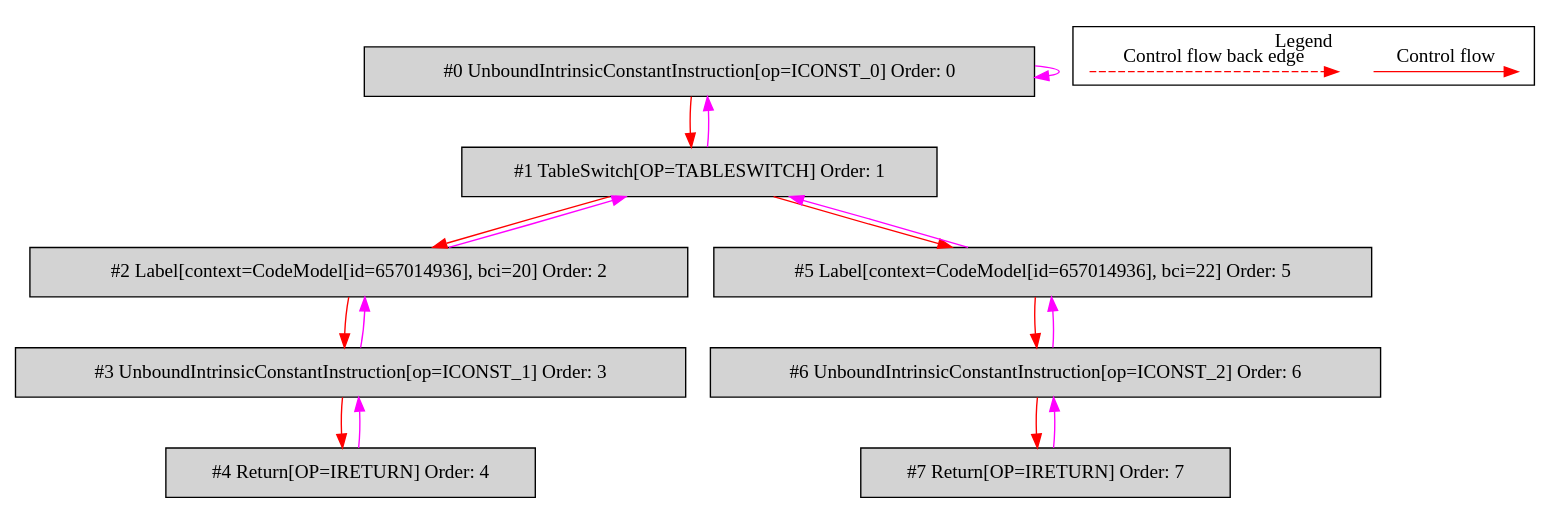
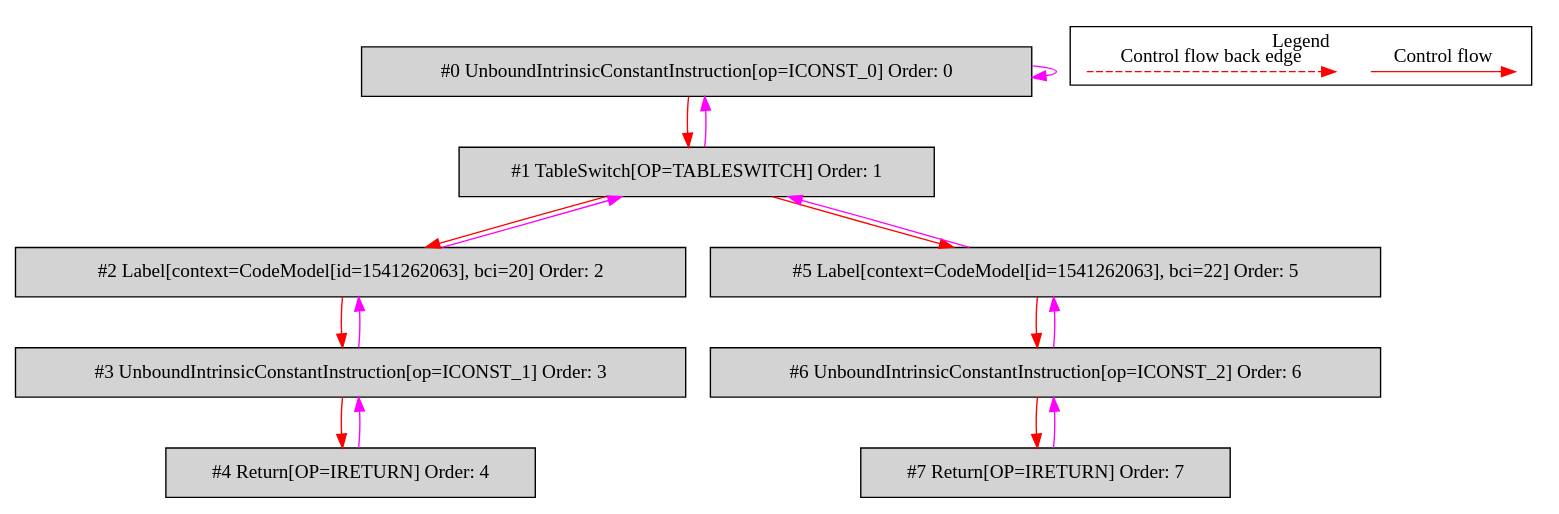
The diagram in de.mirkosertic.metair.ir.OpcodeTABLESWITCHTest/test_TABLESWITCH/bytecodecfg.dot (mirkosertic/MetaIR), drawn with Graphviz before and after one commit. The commit also changed 1138 other files, not shown here.

```diff
--- a/de.mirkosertic.metair.ir.OpcodeTABLESWITCHTest/test_TABLESWITCH/bytecodecfg.dot
+++ b/de.mirkosertic.metair.ir.OpcodeTABLESWITCHTest/test_TABLESWITCH/bytecodecfg.dot
@@ -1,40 +1,40 @@
 digraph {
  ordering="in";
  node0[label="#0 UnboundIntrinsicConstantInstruction[op=ICONST_0] Order: 0", shape=box, fillcolor=lightgrey, style=filled];
  node1[label="#1 TableSwitch[OP=TABLESWITCH] Order: 1", shape=box, fillcolor=lightgrey, style=filled];
- node2[label="#2 Label[context=CodeModel[id=657014936], bci=20] Order: 2", shape=box, fillcolor=lightgrey, style=filled];
+ node2[label="#2 Label[context=CodeModel[id=1541262063], bci=20] Order: 2", shape=box, fillcolor=lightgrey, style=filled];
  node3[label="#3 UnboundIntrinsicConstantInstruction[op=ICONST_1] Order: 3", shape=box, fillcolor=lightgrey, style=filled];
  node4[label="#4 Return[OP=IRETURN] Order: 4", shape=box, fillcolor=lightgrey, style=filled];
- node5[label="#5 Label[context=CodeModel[id=657014936], bci=22] Order: 5", shape=box, fillcolor=lightgrey, style=filled];
+ node5[label="#5 Label[context=CodeModel[id=1541262063], bci=22] Order: 5", shape=box, fillcolor=lightgrey, style=filled];
  node6[label="#6 UnboundIntrinsicConstantInstruction[op=ICONST_2] Order: 6", shape=box, fillcolor=lightgrey, style=filled];
  node7[label="#7 Return[OP=IRETURN] Order: 7", shape=box, fillcolor=lightgrey, style=filled];
  node0 -> node0[color=fuchsia];
  node0 -> node1[color=red];
  node1 -> node0[color=fuchsia];
  node1 -> node2[color=red];
  node2 -> node1[color=fuchsia];
  node2 -> node3[color=red];
  node3 -> node2[color=fuchsia];
  node3 -> node4[color=red];
  node4 -> node3[color=fuchsia];
  node1 -> node5[color=red];
  node5 -> node1[color=fuchsia];
  node5 -> node6[color=red];
  node6 -> node5[color=fuchsia];
  node6 -> node7[color=red];
  node7 -> node6[color=fuchsia];
  subgraph cluster_000 {
   label = "Legend";
   node [shape=point]
   {
    rank=same;
    c0 [style = invis];
    c1 [style = invis];
    c2 [style = invis];
    c3 [style = invis];
   }
   c0 -> c1 [label="Control flow", style=solid, color=red]
   c2 -> c3 [label="Control flow back edge", style=dashed, color=red]
  }
 
 }
```
